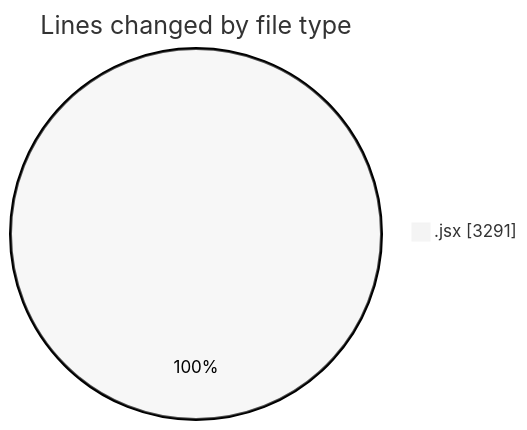
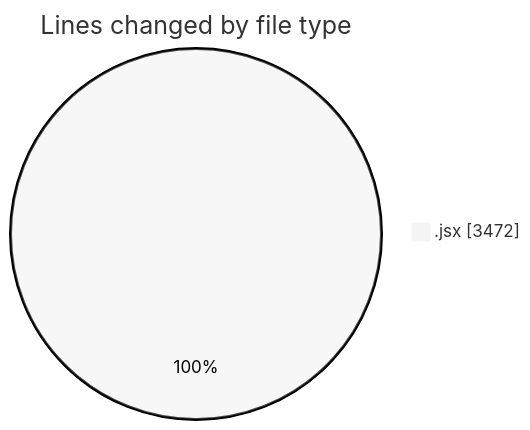
One commit to nxtqubesakshisongat/code-tracking changed the first of 2 diagrams in 2025-10-14/nxtqube_webapp/README.md. Above: the diagram before and after it, drawn with Mermaid (neutral theme). The commit also changed other lines of this file and 1 other file, not shown here.

````diff
--- a/2025-10-14/nxtqube_webapp/README.md
+++ b/2025-10-14/nxtqube_webapp/README.md
@@ -21,5 +21,5 @@
 ```mermaid
 pie showData
 title Lines changed by file type
-".jsx" : 3291
+".jsx" : 3472
 ```
````
